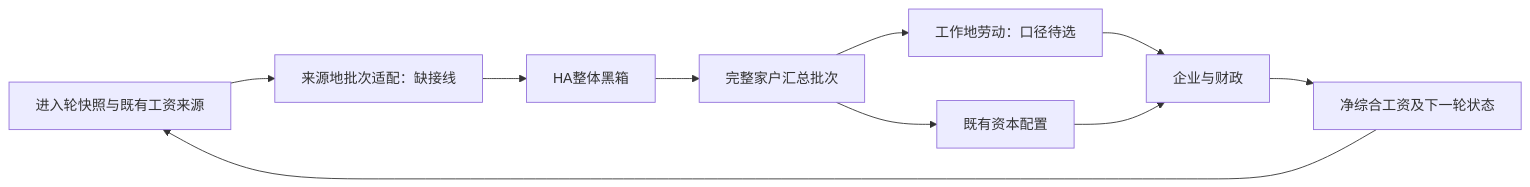
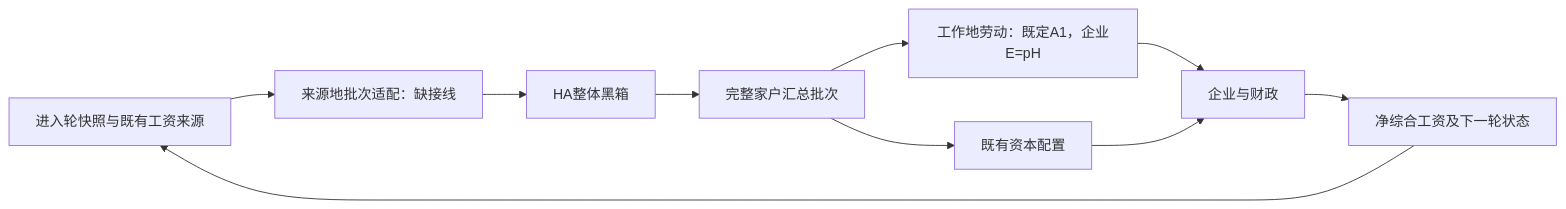
The diagram in docs/CH5_OUTER_PRODUCTION_CHAIN_GAPS_AND_MINIMAL_CLOSURE_PLAN_20261105.md (zcx369658780/dissertation-ch5-two-asset-hank), drawn with Mermaid before and after one commit. The commit also changed other lines of this file and 7 other files, not shown here.

````diff
--- a/docs/CH5_OUTER_PRODUCTION_CHAIN_GAPS_AND_MINIMAL_CLOSURE_PLAN_20261105.md
+++ b/docs/CH5_OUTER_PRODUCTION_CHAIN_GAPS_AND_MINIMAL_CLOSURE_PLAN_20261105.md
@@ -41,12 +41,12 @@
 ```mermaid
 flowchart LR
   S["进入轮快照与既有工资来源"] --> B["来源地批次适配：缺接线"]
   B --> H["HA整体黑箱"]
   H --> O["完整家户汇总批次"]
-  O --> L["工作地劳动：口径待选"]
+  O --> L["工作地劳动：既定A1，企业E=pH"]
   O --> K["既有资本配置"]
   L --> F["企业与财政"]
   K --> F
   F --> W["净综合工资及下一轮状态"]
   W --> S
 ```
````
